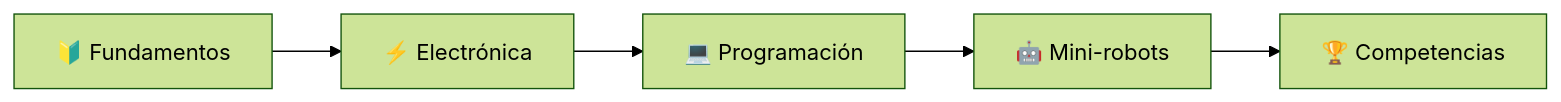
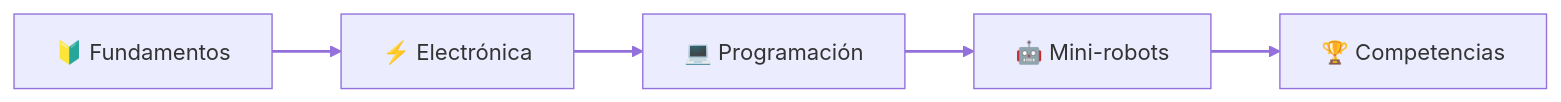
Before and after one commit to Robotica76/.github: the diagram in profile/README.md, drawn with Mermaid (forest theme). The commit also changed other lines of this file, not shown here.

````diff
--- a/profile/README.md
+++ b/profile/README.md
@@ -160,7 +142,11 @@
 ```mermaid
 flowchart LR
     A[🔰 Fundamentos] --> B[⚡ Electrónica]
     B --> C[💻 Programación]
     C --> D[🤖 Mini-robots]
     D --> E[🏆 Competencias]
+
+    classDef paso fill:#ECECFF,stroke:#9370DB,stroke-width:1px,color:#333333;
+    class A,B,C,D,E paso;
+    linkStyle default stroke:#9370DB,stroke-width:2px;
 ```
````
